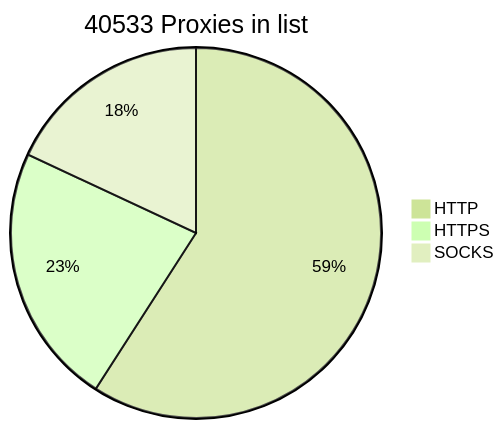
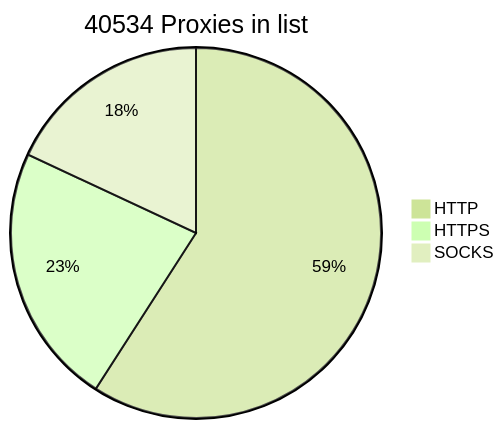
The diagram in README.md (BlackSnowDot/proxylist-update-every-minute), drawn with Mermaid (forest theme) before and after one commit.

````diff
--- a/README.md
+++ b/README.md
@@ -2,6 +2,6 @@
 ```mermaid
-pie title 40533 Proxies in list
+pie title 40534 Proxies in list
     "HTTP" : 28219
     "HTTPS": 10914
-    "SOCKS" : 8619
+    "SOCKS" : 8620
 ```
````
